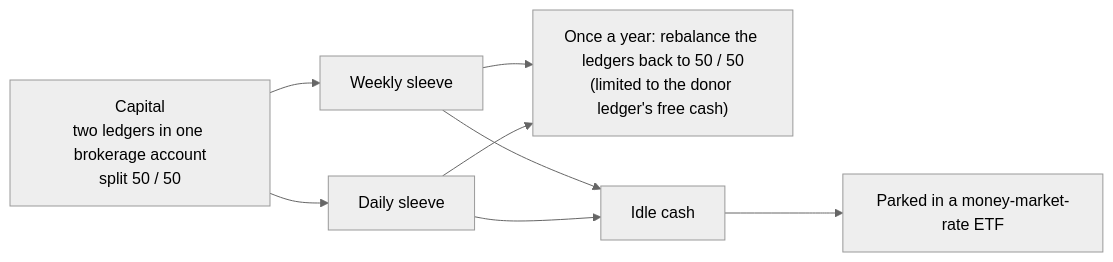
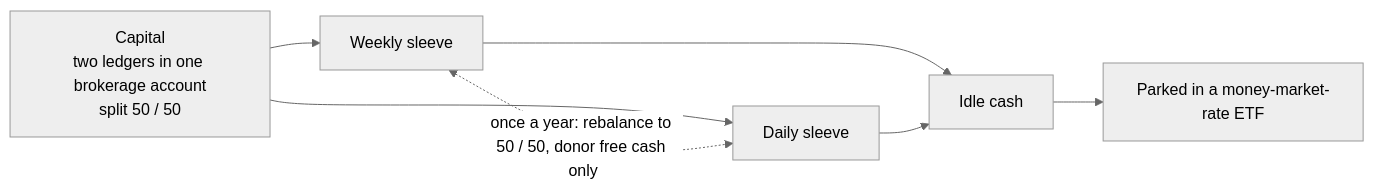
The third of 3 diagrams in README.md (paul00-post/kr-equity-quant-research), drawn with Mermaid (neutral theme) before and after one commit.

Commit message:
Simplify the two-sleeve account diagram so its edges no longer cross
Show the annual rebalance as a dotted two-way edge between the sleeves
instead of a separate box that the sleeve-to-cash edges had to cross.

````diff
--- a/README.md
+++ b/README.md
@@ -216,10 +216,9 @@
 ```mermaid
 flowchart LR
     CAP["Capital<br/>two ledgers in one brokerage account<br/>split 50 / 50"] --> W["Weekly sleeve"]
     CAP --> D["Daily sleeve"]
-    W --> REB["Once a year: rebalance the ledgers back to 50 / 50<br/>(limited to the donor ledger's free cash)"]
-    D --> REB
+    W <-.->|"once a year: rebalance to 50 / 50, donor free cash only"| D
     W --> CASH["Idle cash"]
     D --> CASH
     CASH --> PARK["Parked in a money-market-rate ETF"]
 ```
````
